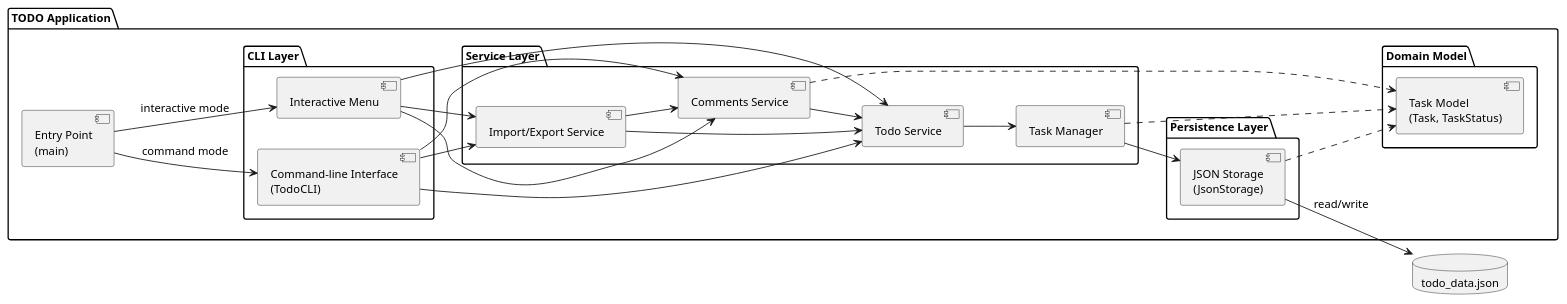
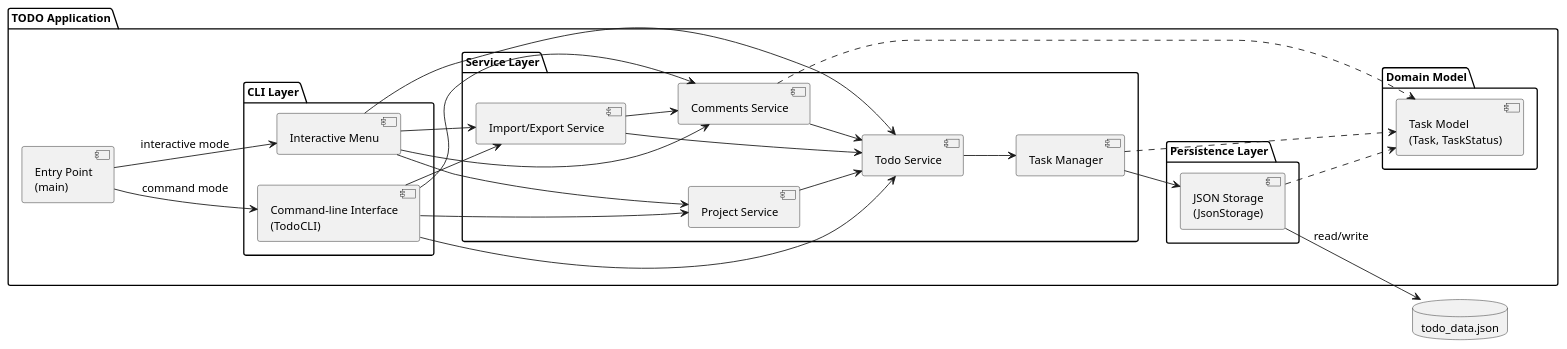
Before and after one commit to DanielRiha8906/Software_autoevolution_using_agents: the diagram in experiments/broadcast/test_driven/TODO/artifacts/component_diagram.puml, drawn with PlantUML. The commit also changed 14 other files, not shown here.

First line of the commit message:
Task 08: Implement Project domain class and ProjectService

```diff
--- a/experiments/broadcast/test_driven/TODO/artifacts/component_diagram.puml
+++ b/experiments/broadcast/test_driven/TODO/artifacts/component_diagram.puml
@@ -1,57 +1,61 @@
 @startuml component_diagram
 
 skinparam componentStyle uml2
 skinparam defaultFontSize 13
 
 left to right direction
 
 package "TODO Application" {
 
     component "Entry Point\n(main)" as Main
 
     package "CLI Layer" {
         component "Interactive Menu" as IM
         component "Command-line Interface\n(TodoCLI)" as CLI
     }
 
     package "Service Layer" {
         component "Todo Service" as SVC
         component "Task Manager" as MGR
+        component "Project Service" as PS
         component "Comments Service" as CS
         component "Import/Export Service" as IES
     }
 
     package "Domain Model" {
         component "Task Model\n(Task, TaskStatus)" as Model
     }
 
     package "Persistence Layer" {
         component "JSON Storage\n(JsonStorage)" as Storage
     }
 }
 
 database "todo_data.json" as DB
 
 Main --> IM : interactive mode
 Main --> CLI : command mode
 
 IM --> SVC
+IM --> PS
 IM --> CS
 IM --> IES
 CLI --> SVC
+CLI --> PS
 CLI --> CS
 CLI --> IES
 
 SVC --> MGR
+PS --> SVC
 CS --> SVC
 IES --> SVC
 IES --> CS
 
 MGR --> Storage
 MGR ..> Model
 Storage ..> Model
 CS ..> Model
 
 Storage --> DB : read/write
 
 @enduml
```
